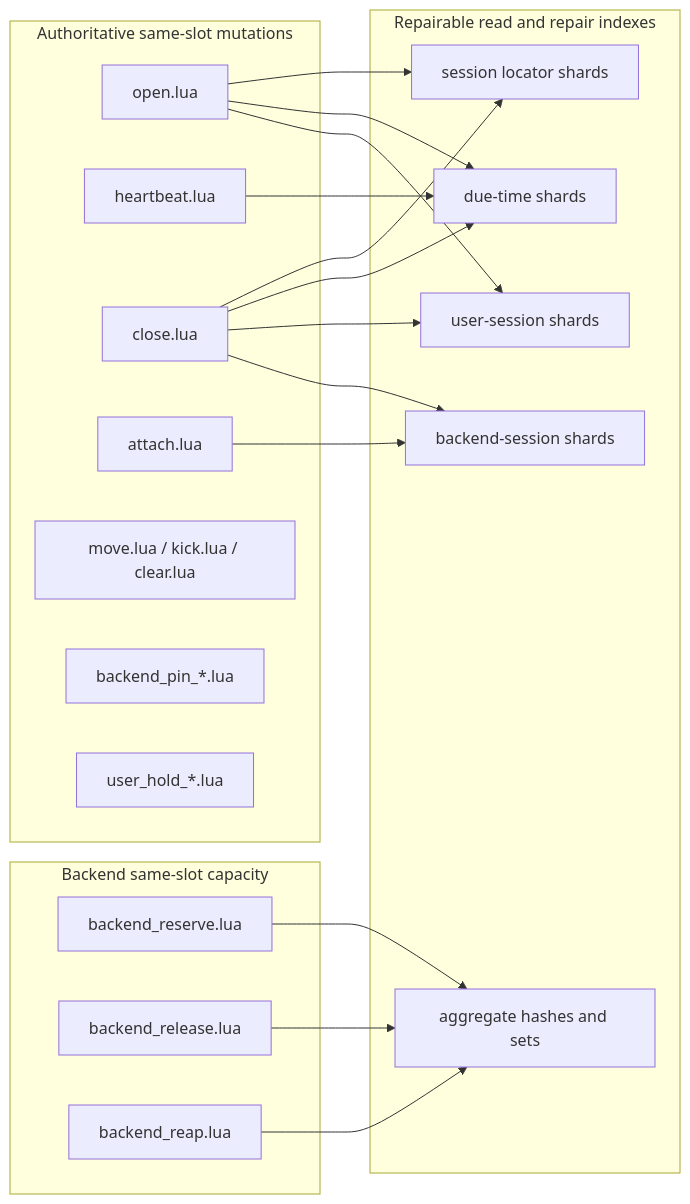
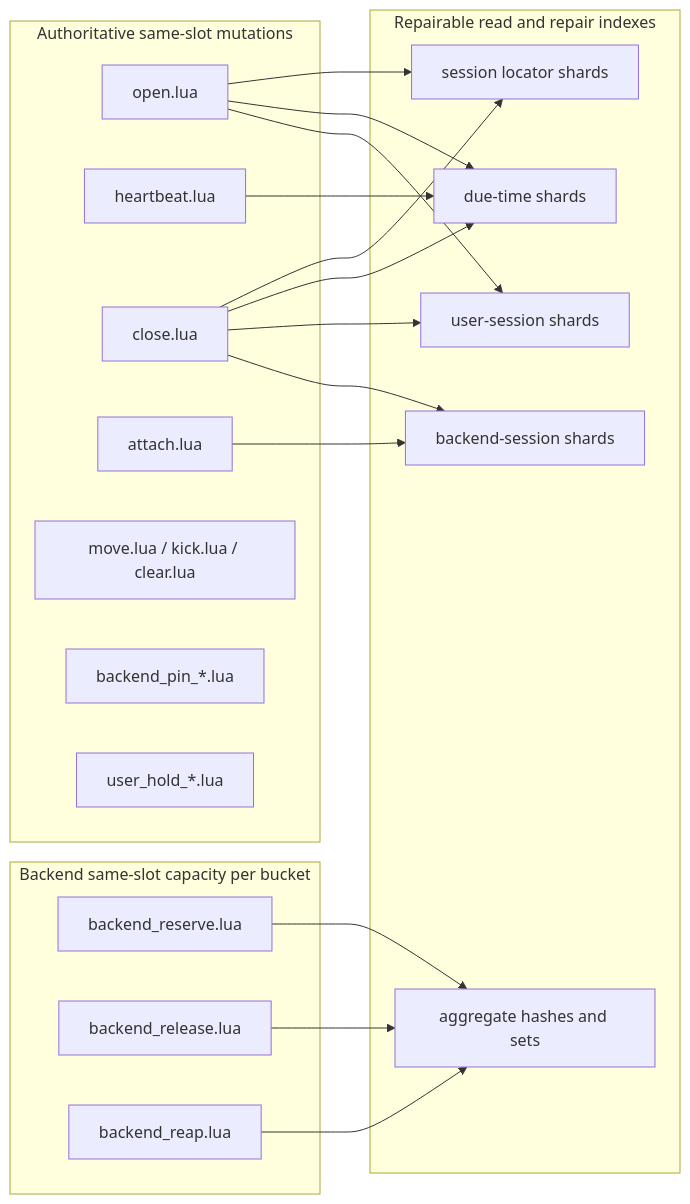
The second of 8 diagrams in docs/developer/AFFINITY_SESSION_HANDLING.md (croessner/nauthilus-director), drawn with Mermaid before and after one commit. The commit also changed other lines of this file and 29 other files, not shown here.

````diff
--- a/docs/developer/AFFINITY_SESSION_HANDLING.md
+++ b/docs/developer/AFFINITY_SESSION_HANDLING.md
@@ -209,39 +234,39 @@
 ```mermaid
 flowchart LR
     subgraph "Authoritative same-slot mutations"
         A1["open.lua"]
         A2["heartbeat.lua"]
         A3["close.lua"]
         A4["attach.lua"]
         A5["move.lua / kick.lua / clear.lua"]
         A6["backend_pin_*.lua"]
         A7["user_hold_*.lua"]
     end
 
-    subgraph "Backend same-slot capacity"
+    subgraph "Backend same-slot capacity per bucket"
         B1["backend_reserve.lua"]
         B2["backend_release.lua"]
         B3["backend_reap.lua"]
     end
 
     subgraph "Repairable read and repair indexes"
         I1["session locator shards"]
         I2["due-time shards"]
         I3["user-session shards"]
         I4["backend-session shards"]
         I5["aggregate hashes and sets"]
     end
 
     A1 --> I1
     A1 --> I2
     A1 --> I3
     A4 --> I4
     A2 --> I2
     A3 --> I1
     A3 --> I2
     A3 --> I3
     A3 --> I4
     B1 --> I5
     B2 --> I5
     B3 --> I5
 ```
````
